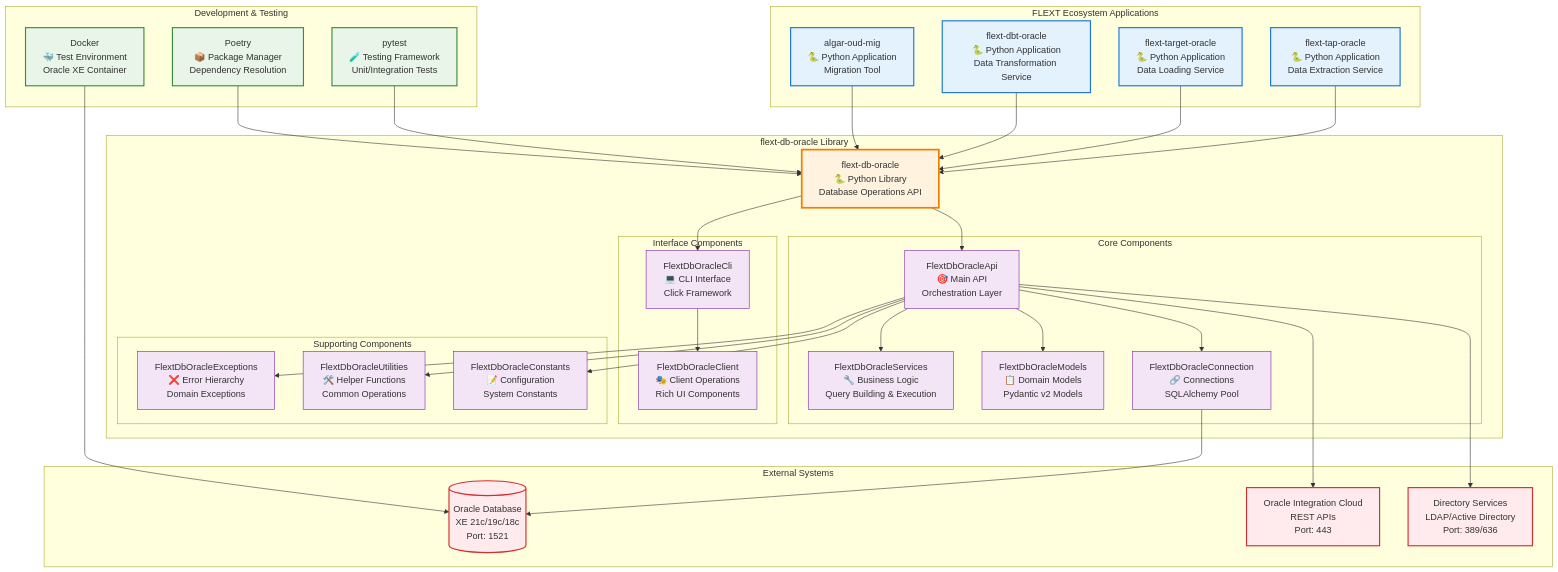
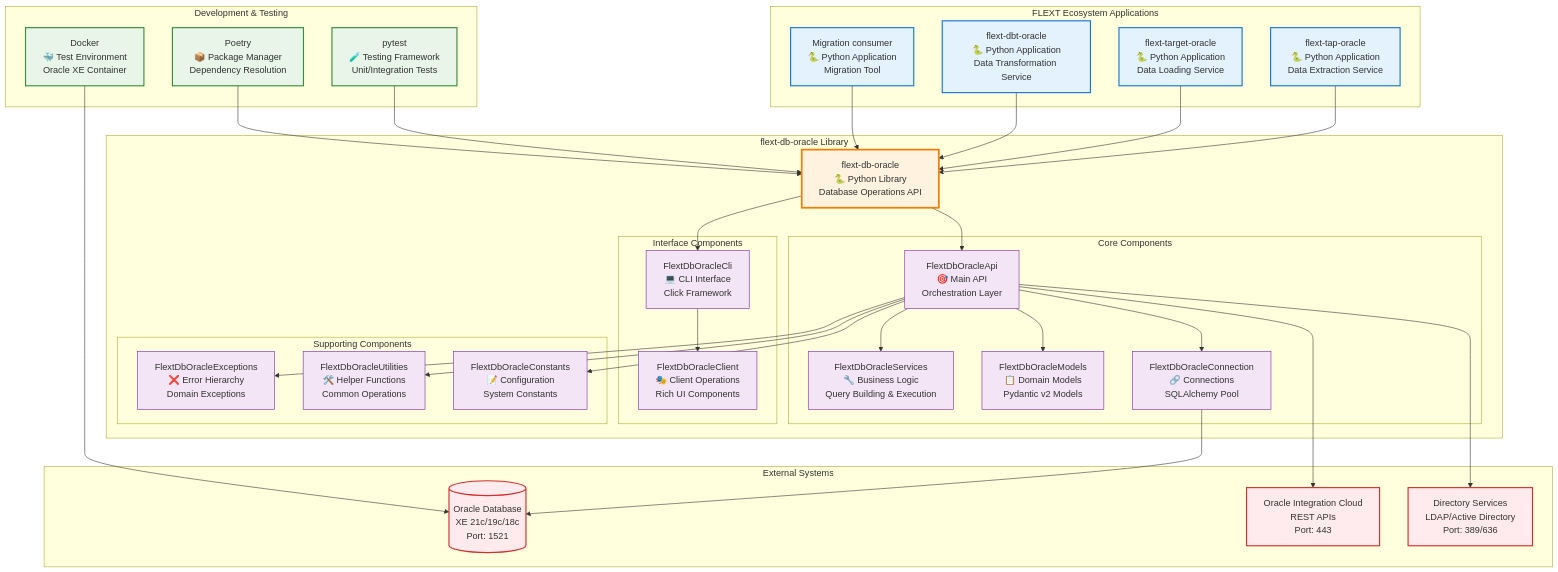
One commit to flext-sh/flext-db-oracle changed the diagram in docs/architecture/c4-containers.md. Above: the diagram before and after it, drawn with Mermaid. The commit also changed other lines of this file and 1 other file, not shown here.

Commit message:
docs: neutral consumer names in the C4 diagrams
FLEXT holds no data about consumer workspaces (operator rule 2026-11-14);
consumer names and tracker ids become neutral, behaviour coverage unchanged.

```diff
--- a/docs/architecture/c4-containers.md
+++ b/docs/architecture/c4-containers.md
@@ -49,7 +49,7 @@
         TAP_APP[flext-tap-oracle<br/>🐍 Python Application<br/>Data Extraction Service]
         TARGET_APP[flext-target-oracle<br/>🐍 Python Application<br/>Data Loading Service]
         DBT_APP[flext-dbt-oracle<br/>🐍 Python Application<br/>Data Transformation Service]
-        FLEXT_APP[algar-oud-mig<br/>🐍 Python Application<br/>Migration Tool]
+        FLEXT_APP[Migration consumer<br/>🐍 Python Application<br/>Migration Tool]
     end
 
     subgraph "flext-db-oracle Library"
```
